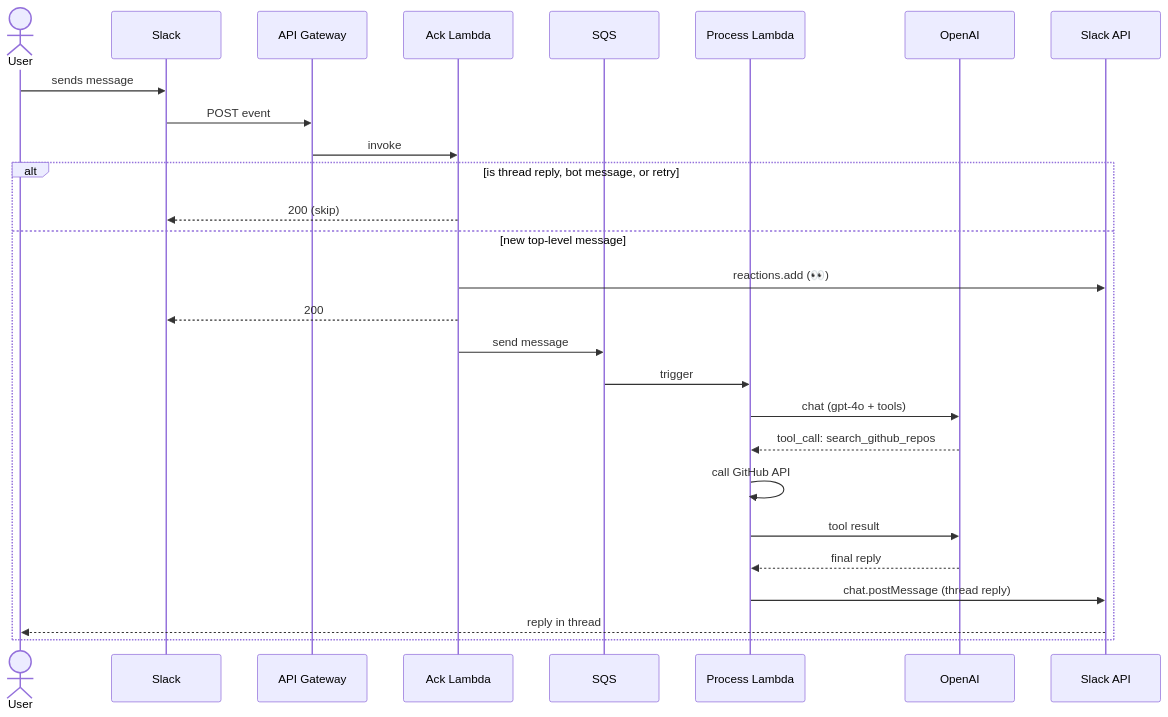
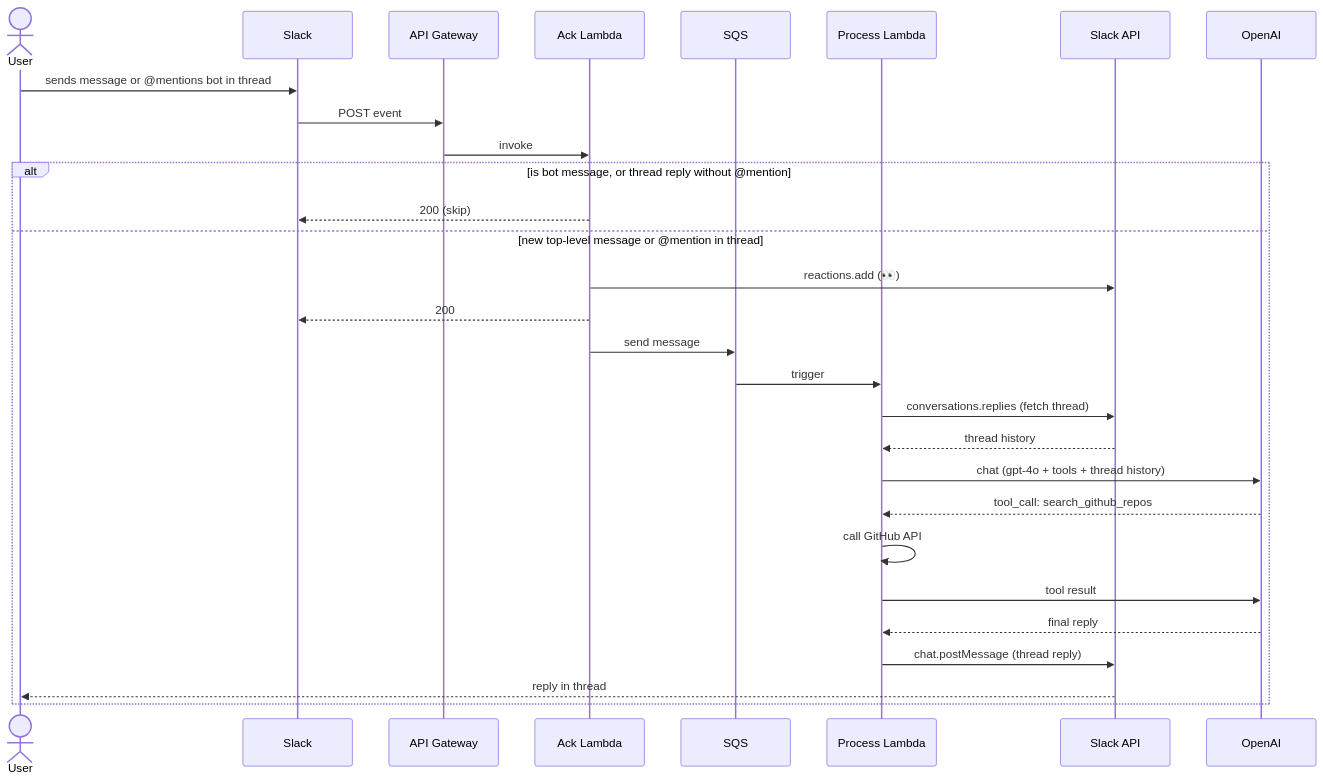
The second of 2 diagrams in README.md (alecryan88/slack_bot), drawn with Mermaid before and after one commit. The commit also changed other lines of this file and 2 other files, not shown here.

````diff
--- a/README.md
+++ b/README.md
@@ -7,31 +24,33 @@
 ```mermaid
 sequenceDiagram
     actor User
     participant Slack
     participant API Gateway
     participant Ack Lambda
     participant SQS
     participant Process Lambda
+    participant Slack API
     participant OpenAI
-    participant Slack API
 
-    User->>Slack: sends message
+    User->>Slack: sends message or @mentions bot in thread
     Slack->>API Gateway: POST event
     API Gateway->>Ack Lambda: invoke
 
-    alt is thread reply, bot message, or retry
+    alt is bot message, or thread reply without @mention
         Ack Lambda-->>Slack: 200 (skip)
-    else new top-level message
+    else new top-level message or @mention in thread
         Ack Lambda->>Slack API: reactions.add (👀)
         Ack Lambda-->>Slack: 200
         Ack Lambda->>SQS: send message
         SQS->>Process Lambda: trigger
-        Process Lambda->>OpenAI: chat (gpt-4o + tools)
+        Process Lambda->>Slack API: conversations.replies (fetch thread)
+        Slack API-->>Process Lambda: thread history
+        Process Lambda->>OpenAI: chat (gpt-4o + tools + thread history)
         OpenAI-->>Process Lambda: tool_call: search_github_repos
         Process Lambda->>Process Lambda: call GitHub API
         Process Lambda->>OpenAI: tool result
         OpenAI-->>Process Lambda: final reply
         Process Lambda->>Slack API: chat.postMessage (thread reply)
         Slack API-->>User: reply in thread
     end
 ```
````
